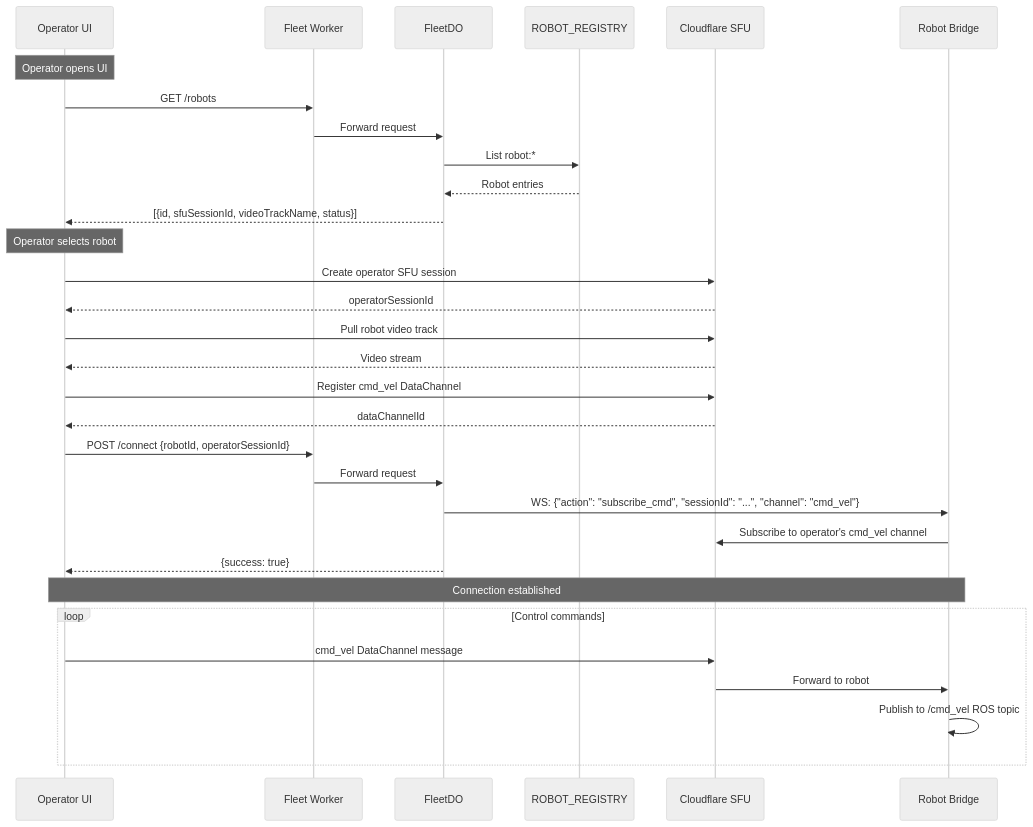
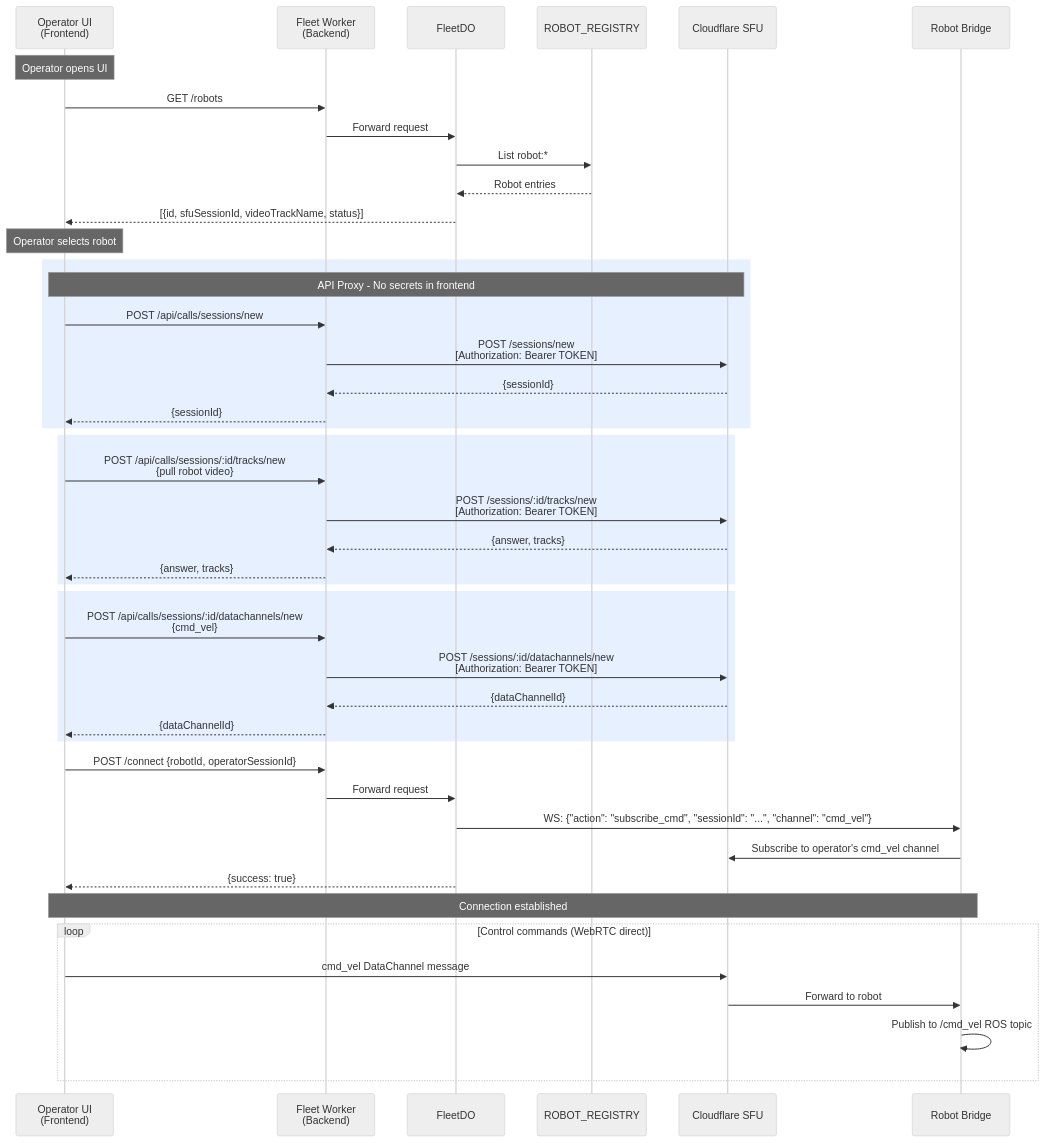
One commit to BigMuzzy/ugv_ws_pi changed the third of 4 diagrams in cloud/workers/fleet-worker/README.md. Above: the diagram before and after it, drawn with Mermaid (neutral theme). The commit also changed other lines of this file and 7 other files, not shown here.

First line of the commit message:
Refactor Fleet Operator Frontend and Fleet Worker for Enhanced Security and API Proxy

````diff
--- a/cloud/workers/fleet-worker/README.md
+++ b/cloud/workers/fleet-worker/README.md
@@ -121,43 +134,56 @@
 ```mermaid
 sequenceDiagram
-    participant O as Operator UI
-    participant W as Fleet Worker
+    participant O as Operator UI<br/>(Frontend)
+    participant W as Fleet Worker<br/>(Backend)
     participant DO as FleetDO
     participant KV as ROBOT_REGISTRY
     participant SFU as Cloudflare SFU
     participant R as Robot Bridge
 
     Note over O: Operator opens UI
-    
+
     O->>W: GET /robots
     W->>DO: Forward request
     DO->>KV: List robot:*
     KV-->>DO: Robot entries
     DO-->>O: [{id, sfuSessionId, videoTrackName, status}]
-    
+
     Note over O: Operator selects robot
-    
-    O->>SFU: Create operator SFU session
-    SFU-->>O: operatorSessionId
-    
-    O->>SFU: Pull robot video track
-    SFU-->>O: Video stream
-    
-    O->>SFU: Register cmd_vel DataChannel
-    SFU-->>O: dataChannelId
-    
+
+    rect rgba(230, 240, 255, 1)
+        Note over O,SFU: API Proxy - No secrets in frontend
+        O->>W: POST /api/calls/sessions/new
+        W->>SFU: POST /sessions/new<br/>[Authorization: Bearer TOKEN]
+        SFU-->>W: {sessionId}
+        W-->>O: {sessionId}
+    end
+
+    rect rgba(230, 240, 255, 1)
+        O->>W: POST /api/calls/sessions/:id/tracks/new<br/>{pull robot video}
+        W->>SFU: POST /sessions/:id/tracks/new<br/>[Authorization: Bearer TOKEN]
+        SFU-->>W: {answer, tracks}
+        W-->>O: {answer, tracks}
+    end
+
+    rect rgba(230, 240, 255, 1)
+        O->>W: POST /api/calls/sessions/:id/datachannels/new<br/>{cmd_vel}
+        W->>SFU: POST /sessions/:id/datachannels/new<br/>[Authorization: Bearer TOKEN]
+        SFU-->>W: {dataChannelId}
+        W-->>O: {dataChannelId}
+    end
+
     O->>W: POST /connect {robotId, operatorSessionId}
     W->>DO: Forward request
     DO->>R: WS: {"action": "subscribe_cmd", "sessionId": "...", "channel": "cmd_vel"}
     R->>SFU: Subscribe to operator's cmd_vel channel
-    
+
     DO-->>O: {success: true}
-    
+
     Note over O,R: Connection established
-    
-    loop Control commands
+
+    loop Control commands (WebRTC direct)
         O->>SFU: cmd_vel DataChannel message
         SFU->>R: Forward to robot
         R->>R: Publish to /cmd_vel ROS topic
     end
 ```
````
